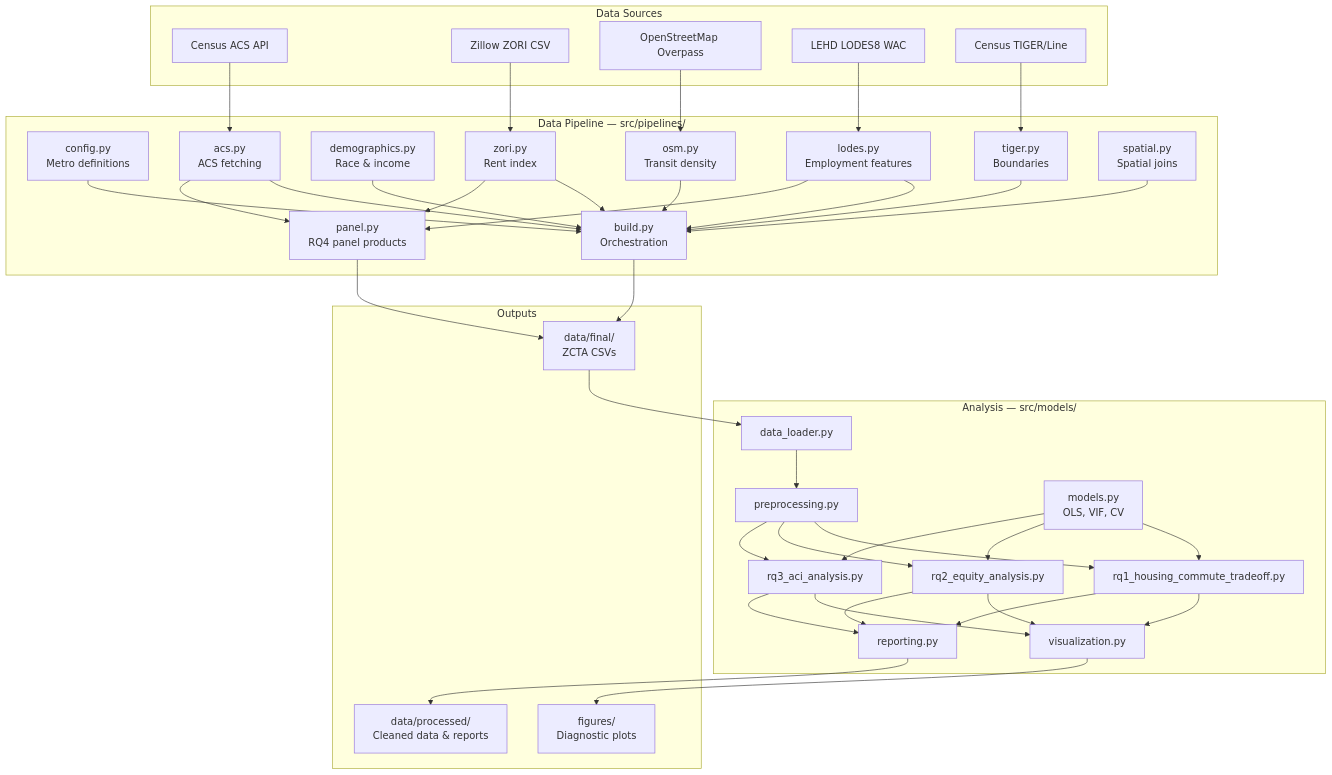
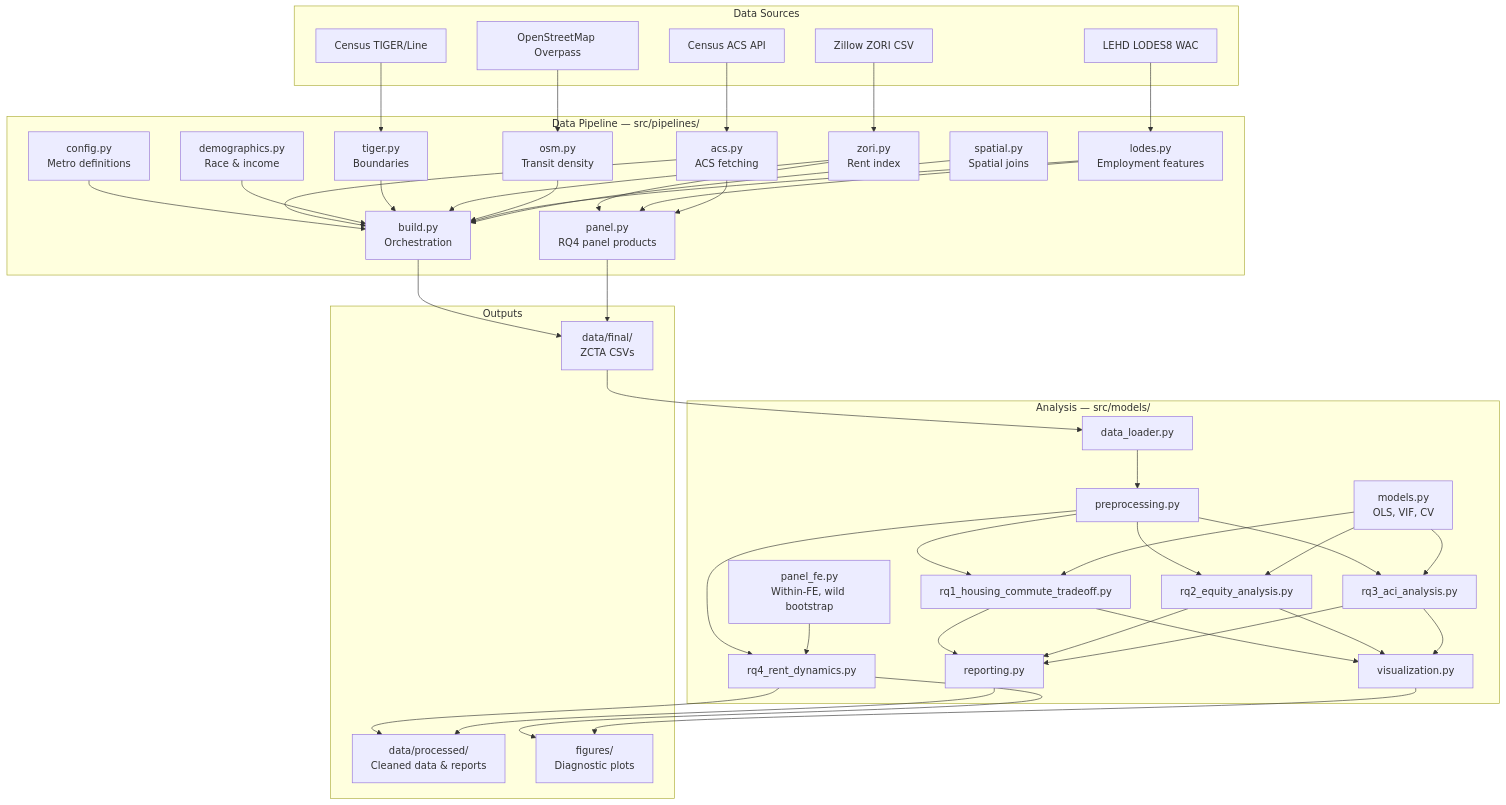
One commit to cdcoonce/housing-commute-analysis changed the first of 4 diagrams in README.md. Above: the diagram before and after it, drawn with Mermaid. The commit also changed other lines of this file and 121 other files, not shown here.

````diff
--- a/README.md
+++ b/README.md
@@ -97,6 +117,8 @@
         RQ1["rq1_housing_commute_tradeoff.py"]
         RQ2["rq2_equity_analysis.py"]
         RQ3["rq3_aci_analysis.py"]
+        PFE["panel_fe.py<br/>Within-FE, wild bootstrap"]
+        RQ4A["rq4_rent_dynamics.py"]
         VIZ["visualization.py"]
         REPORT["reporting.py"]
     end
@@ -133,15 +155,19 @@
     PREPROC --> RQ1
     PREPROC --> RQ2
     PREPROC --> RQ3
+    PREPROC --> RQ4A
     MODELS --> RQ1
     MODELS --> RQ2
     MODELS --> RQ3
+    PFE --> RQ4A
     RQ1 --> VIZ
     RQ2 --> VIZ
     RQ3 --> VIZ
     RQ1 --> REPORT
     RQ2 --> REPORT
     RQ3 --> REPORT
+    RQ4A --> FIGS
+    RQ4A --> PROC
     REPORT --> PROC
     VIZ --> FIGS
 ```
````
